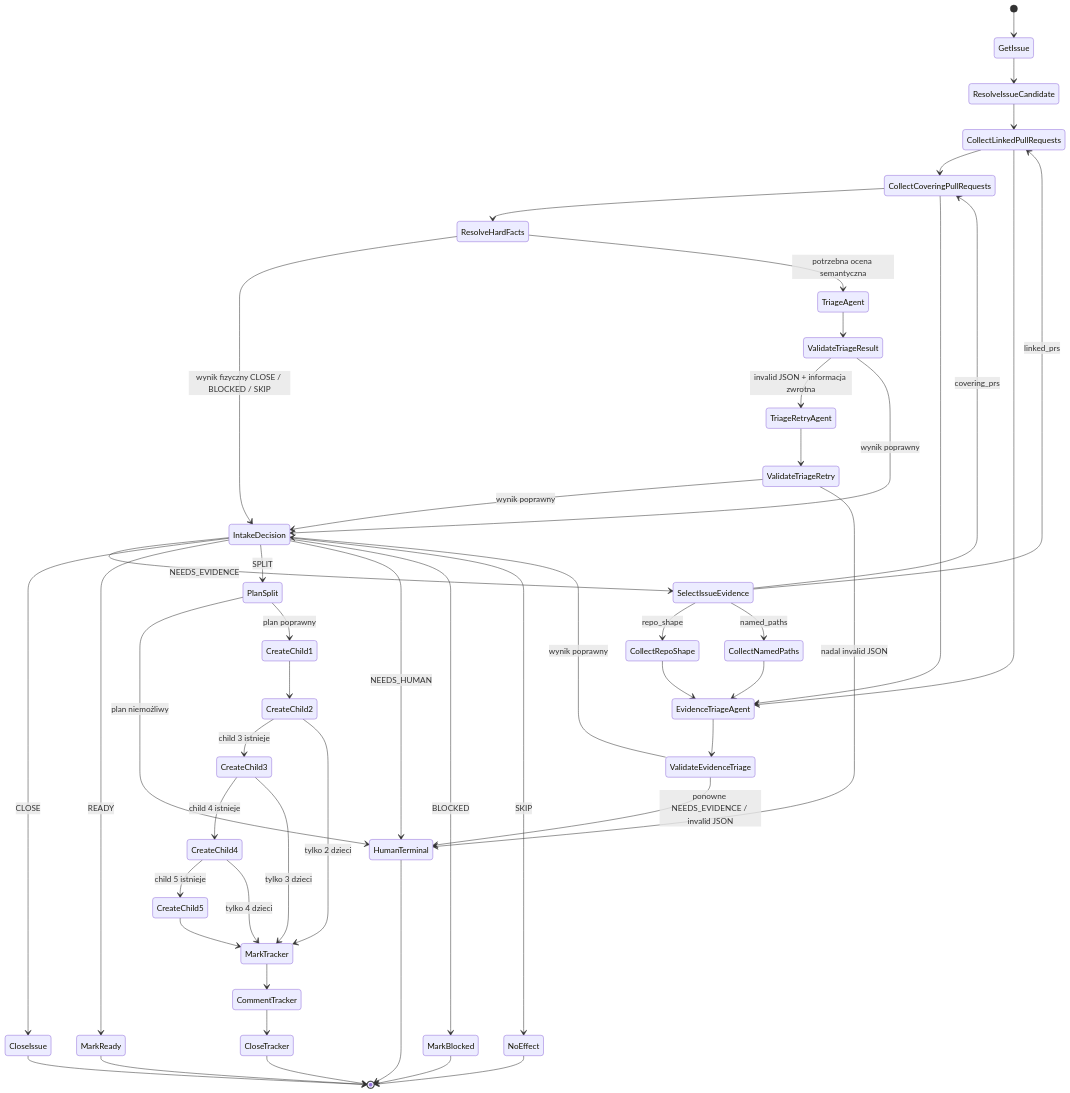
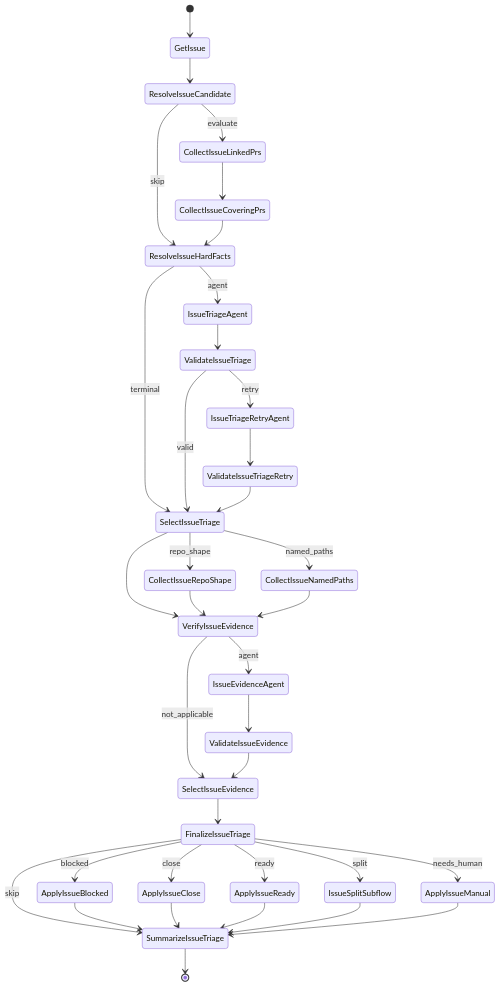
Diagram 38 of 43 in README.md (mikolaj92/lokay), drawn with Mermaid before and after one commit. The commit also changed other lines of this file and 5 other files, not shown here.

First line of the commit message:
fix: issue_triage NODE wires leaves and issue_split child

````diff
--- a/README.md
+++ b/README.md
@@ -1030,52 +1030,38 @@
 ```mermaid
 stateDiagram-v2
     [*] --> GetIssue
     GetIssue --> ResolveIssueCandidate
-    ResolveIssueCandidate --> CollectLinkedPullRequests
-    CollectLinkedPullRequests --> CollectCoveringPullRequests
-    CollectCoveringPullRequests --> ResolveHardFacts
-    ResolveHardFacts --> IntakeDecision: wynik fizyczny CLOSE / BLOCKED / SKIP
-    ResolveHardFacts --> TriageAgent: potrzebna ocena semantyczna
-    TriageAgent --> ValidateTriageResult
-    ValidateTriageResult --> TriageRetryAgent: invalid JSON + informacja zwrotna
-    TriageRetryAgent --> ValidateTriageRetry
-    ValidateTriageRetry --> IntakeDecision: wynik poprawny
-    ValidateTriageRetry --> HumanTerminal: nadal invalid JSON
-    ValidateTriageResult --> IntakeDecision: wynik poprawny
-    IntakeDecision --> SelectIssueEvidence: NEEDS_EVIDENCE
-    SelectIssueEvidence --> CollectRepoShape: repo_shape
-    SelectIssueEvidence --> CollectNamedPaths: named_paths
-    SelectIssueEvidence --> CollectLinkedPullRequests: linked_prs
-    SelectIssueEvidence --> CollectCoveringPullRequests: covering_prs
-    CollectRepoShape --> EvidenceTriageAgent
-    CollectNamedPaths --> EvidenceTriageAgent
-    CollectLinkedPullRequests --> EvidenceTriageAgent
-    CollectCoveringPullRequests --> EvidenceTriageAgent
-    EvidenceTriageAgent --> ValidateEvidenceTriage
-    ValidateEvidenceTriage --> IntakeDecision: wynik poprawny
-    ValidateEvidenceTriage --> HumanTerminal: ponowne NEEDS_EVIDENCE / invalid JSON
-    IntakeDecision --> CloseIssue: CLOSE
-    IntakeDecision --> MarkReady: READY
-    IntakeDecision --> PlanSplit: SPLIT
-    IntakeDecision --> HumanTerminal: NEEDS_HUMAN
-    IntakeDecision --> MarkBlocked: BLOCKED
-    IntakeDecision --> NoEffect: SKIP
-    PlanSplit --> HumanTerminal: plan niemożliwy
-    PlanSplit --> CreateChild1: plan poprawny
-    CreateChild1 --> CreateChild2
-    CreateChild2 --> CreateChild3: child 3 istnieje
-    CreateChild2 --> MarkTracker: tylko 2 dzieci
-    CreateChild3 --> CreateChild4: child 4 istnieje
-    CreateChild3 --> MarkTracker: tylko 3 dzieci
-    CreateChild4 --> CreateChild5: child 5 istnieje
-    CreateChild4 --> MarkTracker: tylko 4 dzieci
-    CreateChild5 --> MarkTracker
-    MarkTracker --> CommentTracker
-    CommentTracker --> CloseTracker
-    CloseIssue --> [*]
-    MarkReady --> [*]
-    MarkBlocked --> [*]
-    CloseTracker --> [*]
-    NoEffect --> [*]
-    HumanTerminal --> [*]
+    ResolveIssueCandidate --> CollectIssueLinkedPrs: evaluate
+    ResolveIssueCandidate --> ResolveIssueHardFacts: skip
+    CollectIssueLinkedPrs --> CollectIssueCoveringPrs
+    CollectIssueCoveringPrs --> ResolveIssueHardFacts
+    ResolveIssueHardFacts --> IssueTriageAgent: agent
+    ResolveIssueHardFacts --> SelectIssueTriage: terminal
+    IssueTriageAgent --> ValidateIssueTriage
+    ValidateIssueTriage --> IssueTriageRetryAgent: retry
+    ValidateIssueTriage --> SelectIssueTriage: valid
+    IssueTriageRetryAgent --> ValidateIssueTriageRetry
+    ValidateIssueTriageRetry --> SelectIssueTriage
+    SelectIssueTriage --> CollectIssueRepoShape: repo_shape
+    SelectIssueTriage --> CollectIssueNamedPaths: named_paths
+    SelectIssueTriage --> VerifyIssueEvidence
+    CollectIssueRepoShape --> VerifyIssueEvidence
+    CollectIssueNamedPaths --> VerifyIssueEvidence
+    VerifyIssueEvidence --> IssueEvidenceAgent: agent
+    VerifyIssueEvidence --> SelectIssueEvidence: not_applicable
+    IssueEvidenceAgent --> ValidateIssueEvidence
+    ValidateIssueEvidence --> SelectIssueEvidence
+    SelectIssueEvidence --> FinalizeIssueTriage
+    FinalizeIssueTriage --> ApplyIssueBlocked: blocked
+    FinalizeIssueTriage --> ApplyIssueClose: close
+    FinalizeIssueTriage --> ApplyIssueReady: ready
+    FinalizeIssueTriage --> IssueSplitSubflow: split
+    FinalizeIssueTriage --> ApplyIssueManual: needs_human
+    FinalizeIssueTriage --> SummarizeIssueTriage: skip
+    ApplyIssueBlocked --> SummarizeIssueTriage
+    ApplyIssueClose --> SummarizeIssueTriage
+    ApplyIssueReady --> SummarizeIssueTriage
+    IssueSplitSubflow --> SummarizeIssueTriage
+    ApplyIssueManual --> SummarizeIssueTriage
+    SummarizeIssueTriage --> [*]
 ```
````
